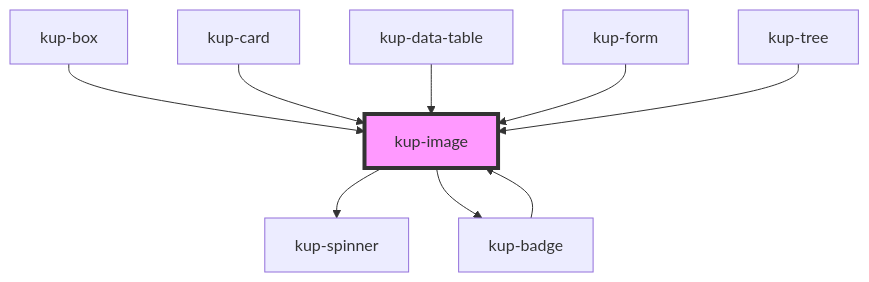
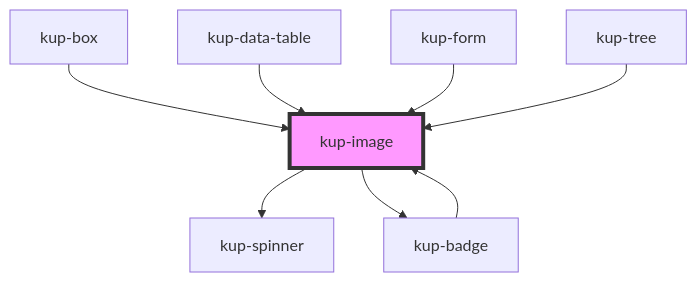
Before and after one commit to smeup/ketchup: the diagram in packages/ketchup/src/components/kup-image/readme.md, drawn with Mermaid. The commit also changed other lines of this file and 10 other files, not shown here.

Commit message:
Removed kup image from card.

````diff
--- a/packages/ketchup/src/components/kup-image/readme.md
+++ b/packages/ketchup/src/components/kup-image/readme.md
@@ -59,12 +58,11 @@
 ```mermaid
 graph TD;
   kup-image --> kup-spinner
   kup-image --> kup-badge
   kup-badge --> kup-image
   kup-box --> kup-image
-  kup-card --> kup-image
   kup-data-table --> kup-image
   kup-form --> kup-image
   kup-tree --> kup-image
   style kup-image fill:#f9f,stroke:#333,stroke-width:4px
 ```
````
